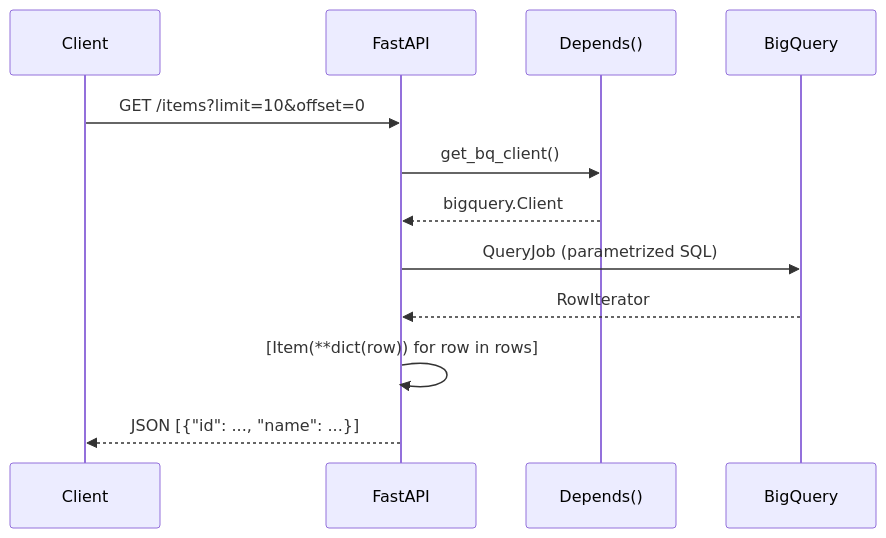
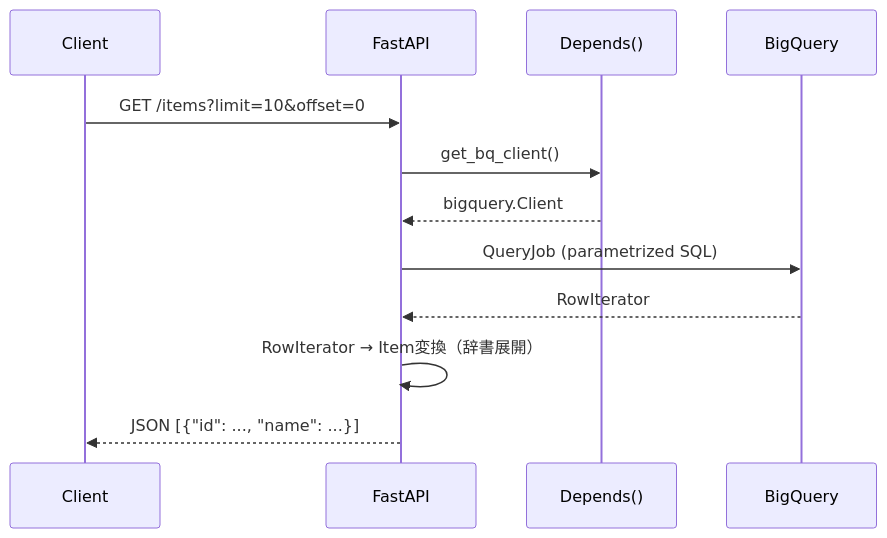
The second of 2 diagrams in articles/fastapi-bigquery-crud.md (correlate000/public-zenn-docs), drawn with Mermaid before and after one commit. The commit also changed other lines of this file and 5 other files, not shown here.

First line of the commit message:
fix: :::messageブロック内の**bold**表示崩れを修正（11箇所）+ Mermaid **dict修正

````diff
--- a/articles/fastapi-bigquery-crud.md
+++ b/articles/fastapi-bigquery-crud.md
@@ -76,15 +76,15 @@
 ```mermaid
 sequenceDiagram
     participant C as Client
     participant FA as FastAPI
     participant D as Depends()
     participant BQ as BigQuery
 
     C->>FA: GET /items?limit=10&offset=0
     FA->>D: get_bq_client()
     D-->>FA: bigquery.Client
     FA->>BQ: QueryJob (parametrized SQL)
     BQ-->>FA: RowIterator
-    FA->>FA: [Item(**dict(row)) for row in rows]
+    FA->>FA: RowIterator → Item変換（辞書展開）
     FA-->>C: JSON [{"id": ..., "name": ...}]
 ```
````
